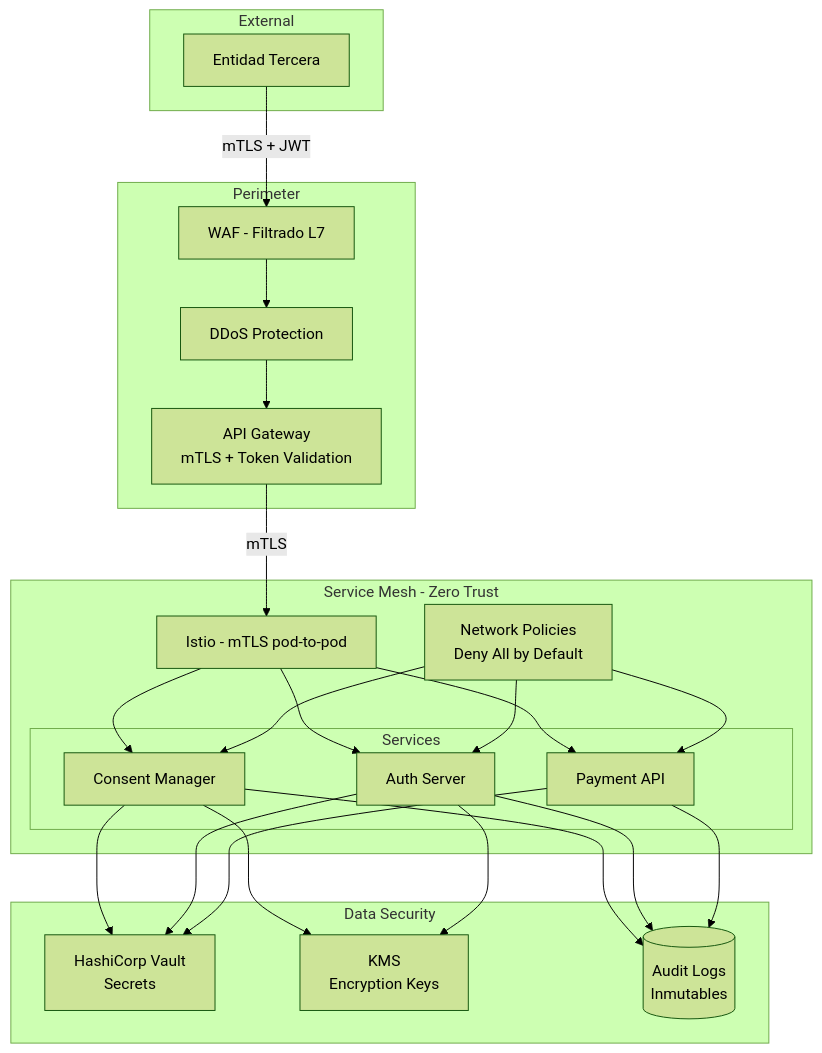
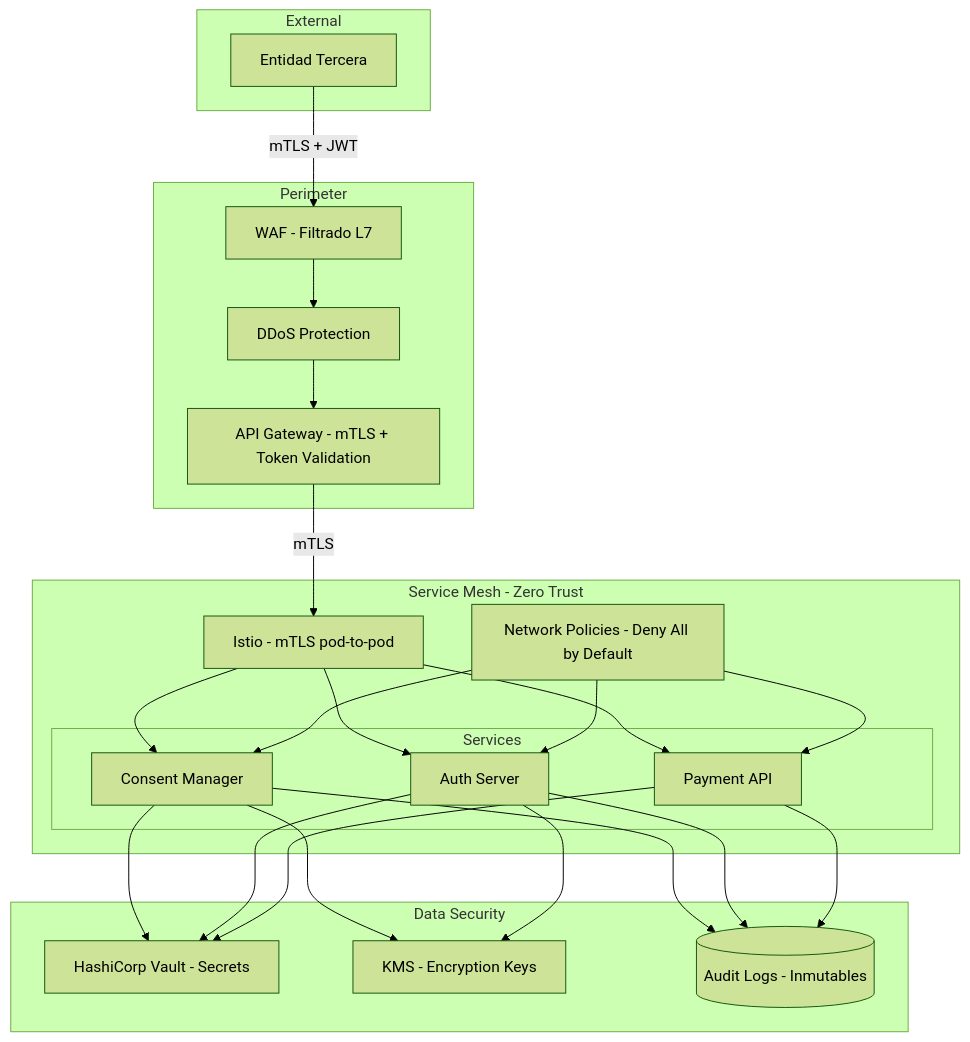
The seventh of 8 diagrams in docs/architecture/diagrams.md (somospragma/integration-consent-manager), drawn with Mermaid (forest theme) before and after one commit. The commit also changed other lines of this file and 9 other files, not shown here.

Commit message:
fix: corregir diagramas Mermaid - quitar paréntesis y \n incompatibles con GitHub

````diff
--- a/docs/architecture/diagrams.md
+++ b/docs/architecture/diagrams.md
@@ -295,47 +295,47 @@
 ```mermaid
 graph TB
     subgraph "External"
         TPP[Entidad Tercera]
     end
 
     subgraph "Perimeter"
         WAF[WAF - Filtrado L7]
         DDOS[DDoS Protection]
-        GW[API Gateway\nmTLS + Token Validation]
+        GW[API Gateway - mTLS + Token Validation]
     end
 
     subgraph "Service Mesh - Zero Trust"
         ISTIO[Istio - mTLS pod-to-pod]
         subgraph "Services"
             S1[Consent Manager]
             S2[Auth Server]
             S3[Payment API]
         end
-        NP[Network Policies\nDeny All by Default]
+        NP[Network Policies - Deny All by Default]
     end
 
     subgraph "Data Security"
-        VAULT[HashiCorp Vault\nSecrets]
-        KMS[KMS\nEncryption Keys]
-        AUDIT[(Audit Logs\nInmutables)]
+        VAULT[HashiCorp Vault - Secrets]
+        KMS[KMS - Encryption Keys]
+        AUDIT[(Audit Logs - Inmutables)]
     end
 
     TPP -->|mTLS + JWT| WAF
     WAF --> DDOS
     DDOS --> GW
     GW -->|mTLS| ISTIO
     ISTIO --> S1
     ISTIO --> S2
     ISTIO --> S3
     S1 --> VAULT
     S2 --> VAULT
     S3 --> VAULT
     S1 --> KMS
     S2 --> KMS
     S1 --> AUDIT
     S2 --> AUDIT
     S3 --> AUDIT
     NP --> S1
     NP --> S2
     NP --> S3
 ```
````
